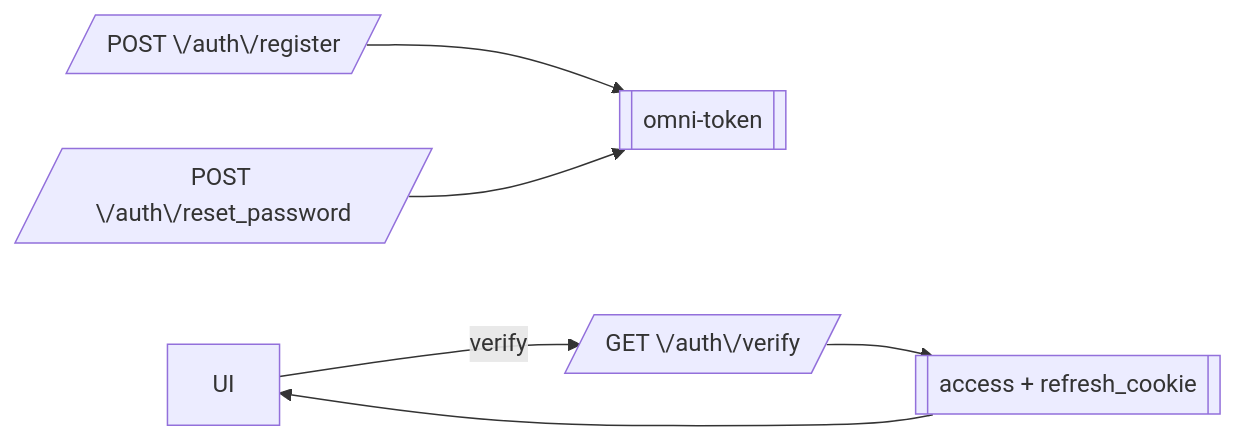
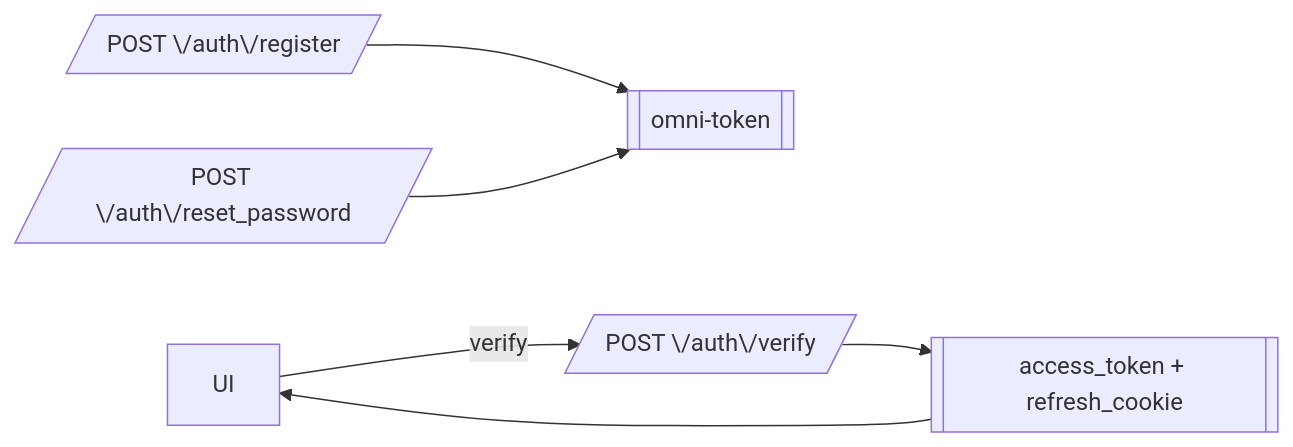
One commit to admin310st/301 changed the sixth of 14 diagrams in wiki/API.md. Above: the diagram before and after it, drawn with Mermaid. The commit also changed other lines of this file, not shown here.

````diff
--- a/wiki/API.md
+++ b/wiki/API.md
@@ -397,8 +552,8 @@
 ```mermaid
 flowchart LR
   Register[/POST \/auth\/register/] --> OmniToken[[omni-token]]
   Reset[/POST \/auth\/reset_password/] --> OmniToken
-  UI -->|verify| VerifyAPI[/GET \/auth\/verify/]
-  VerifyAPI --> Tokens[[access + refresh_cookie]]
+  UI -->|verify| VerifyAPI[/POST \/auth\/verify/]
+  VerifyAPI --> Tokens[[access_token + refresh_cookie]]
   Tokens --> UI
 ```
````
